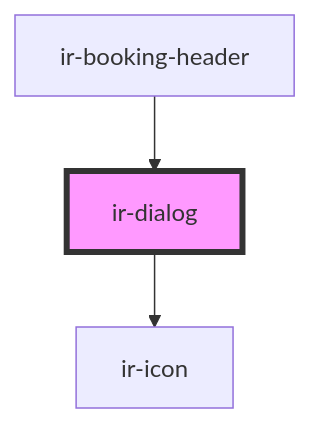
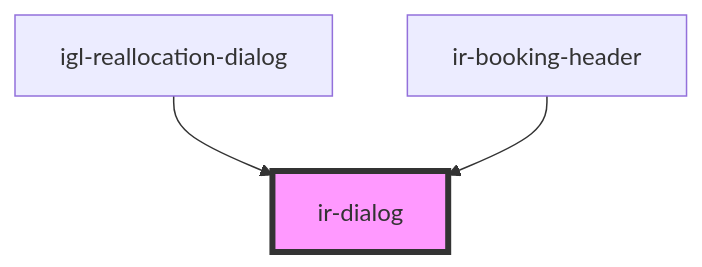
The diagram in src/components/ui/ir-dialog/readme.md (David1Chowaifaty/modified-ir-webcmp), drawn with Mermaid before and after one commit. The commit also changed other lines of this file and 50 other files, not shown here.

````diff
--- a/src/components/ui/ir-dialog/readme.md
+++ b/src/components/ui/ir-dialog/readme.md
@@ -64,6 +53,6 @@
 ```mermaid
 graph TD;
-  ir-dialog --> ir-icon
+  igl-reallocation-dialog --> ir-dialog
   ir-booking-header --> ir-dialog
   style ir-dialog fill:#f9f,stroke:#333,stroke-width:4px
 ```
````
